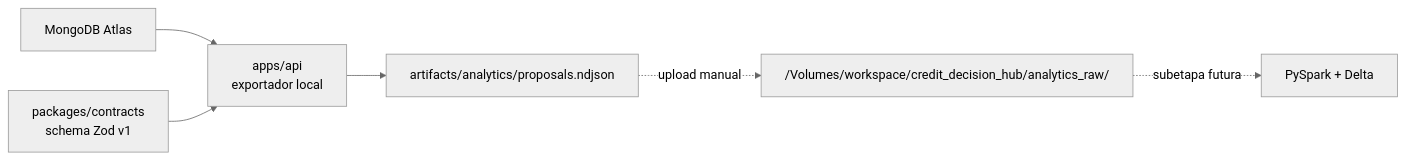
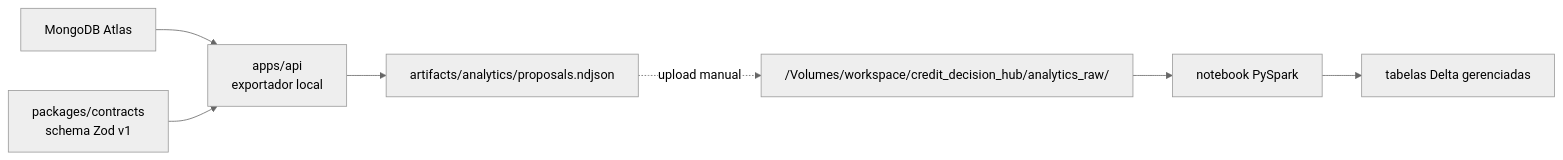
One commit to Joseafs/credit-decision-hub changed the third of 3 diagrams in context/SDD.md. Above: the diagram before and after it, drawn with Mermaid (neutral theme). The commit also changed other lines of this file and 2 other files, not shown here.

First line of the commit message:
feat(analytics): processar propostas com PySpark (CDH-014)

````diff
--- a/context/SDD.md
+++ b/context/SDD.md
@@ -664,8 +665,9 @@
 ```mermaid
 flowchart LR
   Mongo["MongoDB Atlas"] --> Exporter["apps/api<br/>exportador local"]
   Contract["packages/contracts<br/>schema Zod v1"] --> Exporter
   Exporter --> Ndjson["artifacts/analytics/proposals.ndjson"]
   Ndjson -. "upload manual" .-> Volume["/Volumes/workspace/credit_decision_hub/analytics_raw/"]
-  Volume -. "subetapa futura" .-> Delta["PySpark + Delta"]
+  Volume --> Notebook["notebook PySpark"]
+  Notebook --> Delta["tabelas Delta gerenciadas"]
 ```
````
